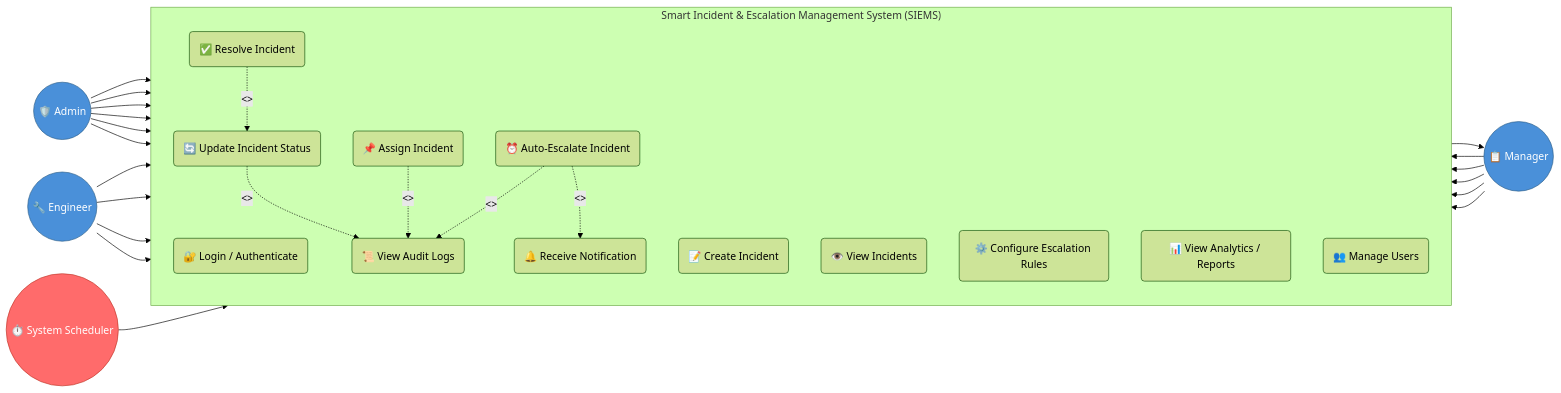
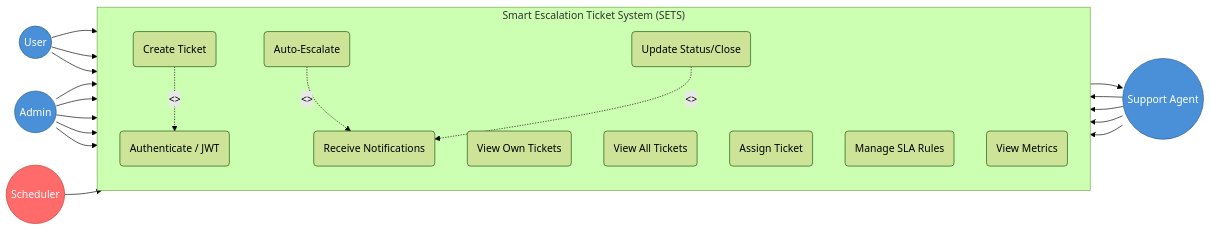
Before and after one commit to prempyla/sesd-project: the diagram in useCaseDiagram.md, drawn with Mermaid (forest theme). The commit also changed other lines of this file, not shown here.

````diff
--- a/useCaseDiagram.md
+++ b/useCaseDiagram.md
@@ -11,65 +11,58 @@
 ```mermaid
 flowchart LR
 
-subgraph "Smart Incident & Escalation Management System (SIEMS)"
+subgraph "Smart Escalation Ticket System (SETS)"
     direction TB
 
     %% Use Cases
-    UC1(🔐 Login / Authenticate)
-    UC2(📝 Create Incident)
-    UC3(👁️ View Incidents)
-    UC4(📌 Assign Incident)
-    UC5(🔄 Update Incident Status)
-    UC6(✅ Resolve Incident)
-    UC7(⚙️ Configure Escalation Rules)
-    UC8(⏰ Auto-Escalate Incident)
-    UC9(📊 View Analytics / Reports)
-    UC10(👥 Manage Users)
-    UC11(📜 View Audit Logs)
-    UC12(🔔 Receive Notification)
+    UC1( Authenticate / JWT)
+    UC2(Create Ticket)
+    UC3( View Own Tickets)
+    UC4( View All Tickets)
+    UC5( Assign Ticket)
+    UC6( Manage SLA Rules)
+    UC7(Update Status/Close)
+    UC8( Auto-Escalate)
+    UC9(View Metrics)
+    UC10( Receive Notifications)
 
     %% Relationships
-    UC5 -.->|"<<include>>"| UC11
-    UC4 -.->|"<<include>>"| UC11
-    UC8 -.->|"<<include>>"| UC11
-    UC6 -.->|"<<extend>>"| UC5
-    UC8 -.->|"<<include>>"| UC12
+    UC2 -.->|"<<include>>"| UC1
+    UC8 -.->|"<<include>>"| UC10
+    UC7 -.->|"<<include>>"| UC10
 end
 
 %% Actors
-Admin((🛡️ Admin))
-Manager((📋 Manager))
-Engineer((🔧 Engineer))
-System((⏱️ System Scheduler))
+UserActor(( User))
+SupportActor(( Support Agent))
+AdminActor(( Admin))
+SystemActor(( Scheduler))
+
+%% User Connections
+UserActor --> UC1
+UserActor --> UC2
+UserActor --> UC3
+
+%% Support Agent Connections
+SupportActor --> UC1
+SupportActor --> UC4
+SupportActor --> UC7
+SupportActor --> UC10
 
 %% Admin Connections
-Admin --> UC1
-Admin --> UC10
-Admin --> UC7
-Admin --> UC9
-Admin --> UC11
-Admin --> UC3
-
-%% Manager Connections
-Manager --> UC1
-Manager --> UC3
-Manager --> UC4
-Manager --> UC9
-Manager --> UC11
-
-%% Engineer Connections
-Engineer --> UC1
-Engineer --> UC2
-Engineer --> UC3
-Engineer --> UC5
+AdminActor --> UC1
+AdminActor --> UC4
+AdminActor --> UC5
+AdminActor --> UC6
+AdminActor --> UC9
 
 %% System Connections
-System --> UC8
-UC12 --> Manager
+SystemActor --> UC8
+UC8 --> SupportActor
 
 %% Styling
-style Admin fill:#4A90D9,stroke:#2C5F8A,color:#fff
-style Manager fill:#4A90D9,stroke:#2C5F8A,color:#fff
-style Engineer fill:#4A90D9,stroke:#2C5F8A,color:#fff
-style System fill:#FF6B6B,stroke:#C0392B,color:#fff
+style UserActor fill:#4A90D9,stroke:#2C5F8A,color:#fff
+style SupportActor fill:#4A90D9,stroke:#2C5F8A,color:#fff
+style AdminActor fill:#4A90D9,stroke:#2C5F8A,color:#fff
+style SystemActor fill:#FF6B6B,stroke:#C0392B,color:#fff
 ```
````
